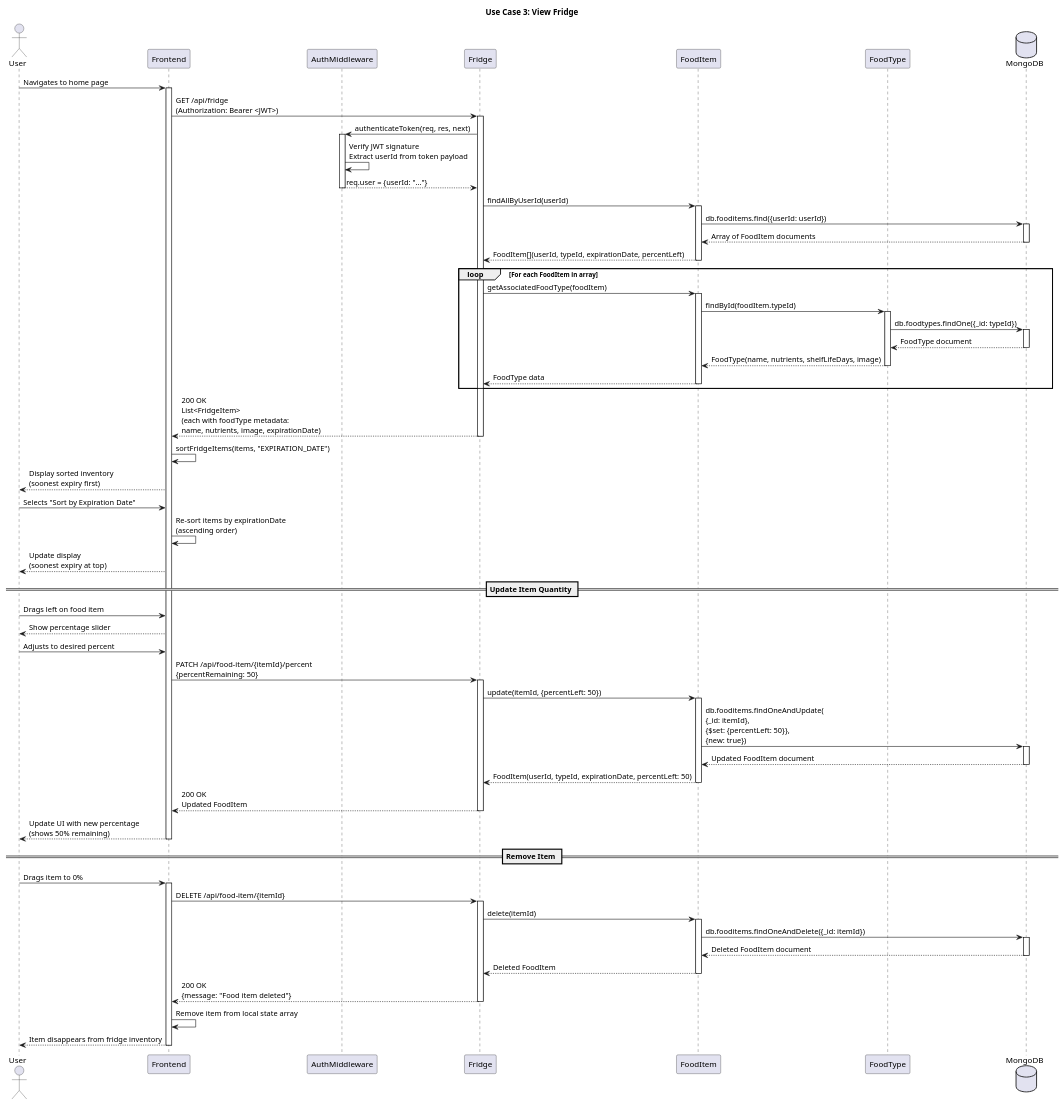
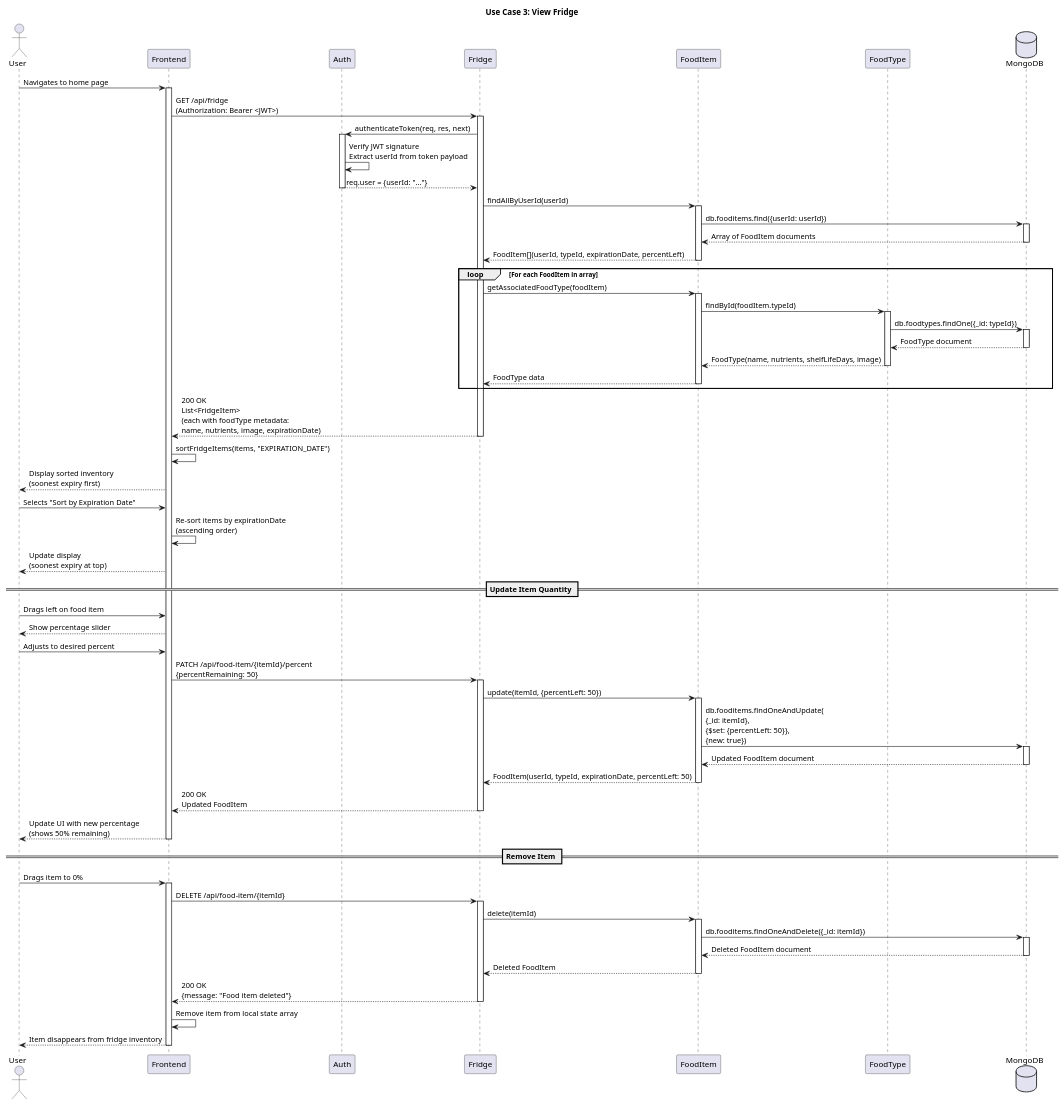
One commit to virtualfridge/virtualfridge changed the diagram in documentation/diagrams/viewFridgeDiagram.plantuml. Above: the diagram before and after it, drawn with PlantUML.

Commit message:
Changed AuthMiddleware to Auth

```diff
--- a/documentation/diagrams/viewFridgeDiagram.plantuml
+++ b/documentation/diagrams/viewFridgeDiagram.plantuml
@@ -1,99 +1,99 @@
 @startuml
 title Use Case 3: View Fridge
 
 actor User
 participant "Frontend" as Frontend
-participant "AuthMiddleware" as Auth
+participant "Auth" as Auth
 participant "Fridge" as Controller
 participant "FoodItem" as FoodItemModel
 participant "FoodType" as FoodTypeModel
 database "MongoDB" as DB
 
 User -> Frontend: Navigates to home page
 activate Frontend
 Frontend -> Controller: GET /api/fridge\n(Authorization: Bearer <JWT>)
 activate Controller
 
 Controller -> Auth: authenticateToken(req, res, next)
 activate Auth
 Auth -> Auth: Verify JWT signature\nExtract userId from token payload
 Auth --> Controller: req.user = {userId: "..."}
 deactivate Auth
 
 Controller -> FoodItemModel: findAllByUserId(userId)
 activate FoodItemModel
 FoodItemModel -> DB: db.fooditems.find({userId: userId})
 activate DB
 DB --> FoodItemModel: Array of FoodItem documents
 deactivate DB
 FoodItemModel --> Controller: FoodItem[](userId, typeId, expirationDate, percentLeft)
 deactivate FoodItemModel
 
 loop For each FoodItem in array
     Controller -> FoodItemModel: getAssociatedFoodType(foodItem)
     activate FoodItemModel
     FoodItemModel -> FoodTypeModel: findById(foodItem.typeId)
     activate FoodTypeModel
     FoodTypeModel -> DB: db.foodtypes.findOne({_id: typeId})
     activate DB
     DB --> FoodTypeModel: FoodType document
     deactivate DB
     FoodTypeModel --> FoodItemModel: FoodType(name, nutrients, shelfLifeDays, image)
     deactivate FoodTypeModel
     FoodItemModel --> Controller: FoodType data
     deactivate FoodItemModel
 end
 
 Controller --> Frontend: 200 OK\nList<FridgeItem>\n(each with foodType metadata:\nname, nutrients, image, expirationDate)
 deactivate Controller
 
 Frontend -> Frontend: sortFridgeItems(items, "EXPIRATION_DATE")
 Frontend --> User: Display sorted inventory\n(soonest expiry first)
 
 User -> Frontend: Selects "Sort by Expiration Date"
 Frontend -> Frontend: Re-sort items by expirationDate\n(ascending order)
 Frontend --> User: Update display\n(soonest expiry at top)
 
 == Update Item Quantity ==
 User -> Frontend: Drags left on food item
 Frontend --> User: Show percentage slider
 User -> Frontend: Adjusts to desired percent
 Frontend -> Controller: PATCH /api/food-item/{itemId}/percent\n{percentRemaining: 50}
 activate Controller
 
 Controller -> FoodItemModel: update(itemId, {percentLeft: 50})
 activate FoodItemModel
 FoodItemModel -> DB: db.fooditems.findOneAndUpdate(\n{_id: itemId},\n{$set: {percentLeft: 50}},\n{new: true})
 activate DB
 DB --> FoodItemModel: Updated FoodItem document
 deactivate DB
 FoodItemModel --> Controller: FoodItem(userId, typeId, expirationDate, percentLeft: 50)
 deactivate FoodItemModel
 
 Controller --> Frontend: 200 OK\nUpdated FoodItem
 deactivate Controller
 Frontend --> User: Update UI with new percentage\n(shows 50% remaining)
 deactivate Frontend
 
 == Remove Item ==
 User -> Frontend: Drags item to 0%
 activate Frontend
 Frontend -> Controller: DELETE /api/food-item/{itemId}
 activate Controller
 
 Controller -> FoodItemModel: delete(itemId)
 activate FoodItemModel
 FoodItemModel -> DB: db.fooditems.findOneAndDelete({_id: itemId})
 activate DB
 DB --> FoodItemModel: Deleted FoodItem document
 deactivate DB
 FoodItemModel --> Controller: Deleted FoodItem
 deactivate FoodItemModel
 
 Controller --> Frontend: 200 OK\n{message: "Food item deleted"}
 deactivate Controller
 Frontend -> Frontend: Remove item from local state array
 Frontend --> User: Item disappears from fridge inventory
 deactivate Frontend
 
 @enduml
```
